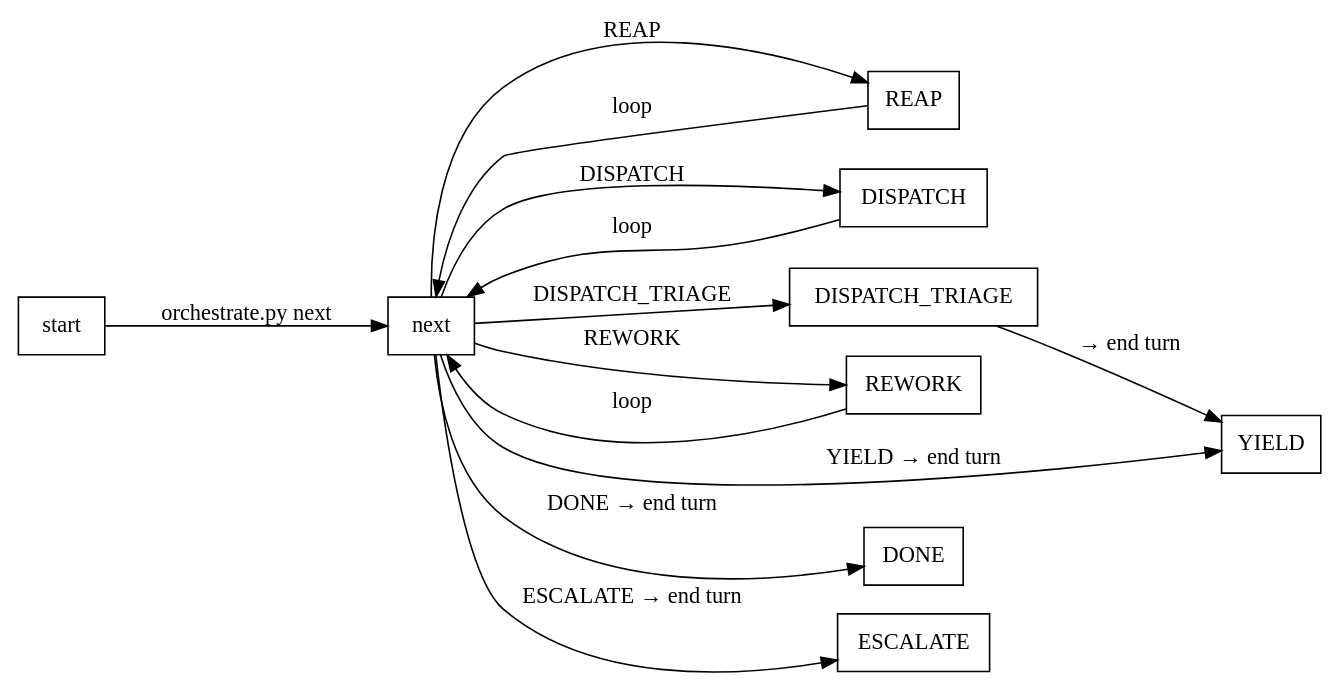
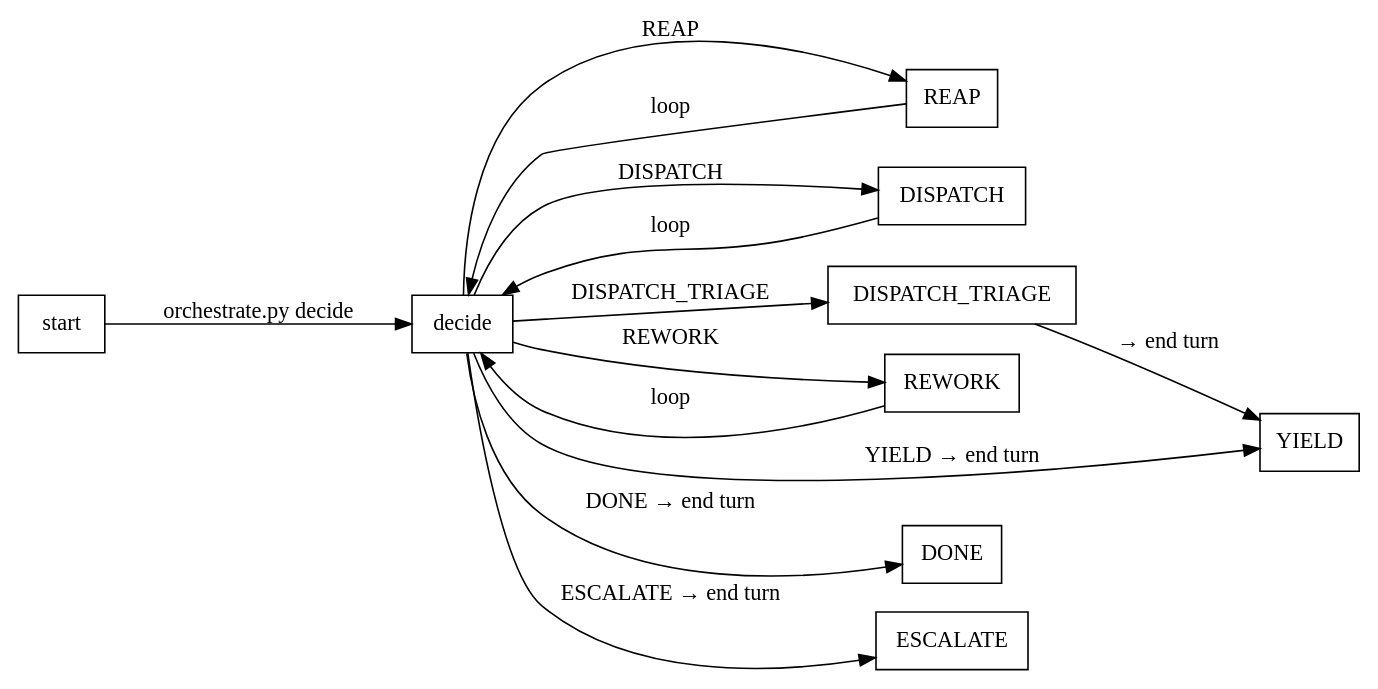
The diagram in skills/design-flow/SKILL.md (chipweaver/veripower), drawn with Graphviz before and after one commit. The commit also changed other lines of this file and 11 other files, not shown here.

First line of the commit message:
refactor(orchestrate): rename `next` to `decide` across command/function/role

````diff
--- a/skills/design-flow/SKILL.md
+++ b/skills/design-flow/SKILL.md
@@ -82,18 +82,18 @@
 ```dot
 digraph {
   rankdir=LR
   node [shape=box]
-  start -> next [label="orchestrate.py next"]
-  next -> REAP [label="REAP"]
-  next -> DISPATCH [label="DISPATCH"]
-  next -> DISPATCH_TRIAGE [label="DISPATCH_TRIAGE"]
-  next -> REWORK [label="REWORK"]
-  next -> YIELD [label="YIELD → end turn"]
-  next -> DONE [label="DONE → end turn"]
-  next -> ESCALATE [label="ESCALATE → end turn"]
-  REAP -> next [label="loop"]
-  DISPATCH -> next [label="loop"]
+  start -> decide [label="orchestrate.py decide"]
+  decide -> REAP [label="REAP"]
+  decide -> DISPATCH [label="DISPATCH"]
+  decide -> DISPATCH_TRIAGE [label="DISPATCH_TRIAGE"]
+  decide -> REWORK [label="REWORK"]
+  decide -> YIELD [label="YIELD → end turn"]
+  decide -> DONE [label="DONE → end turn"]
+  decide -> ESCALATE [label="ESCALATE → end turn"]
+  REAP -> decide [label="loop"]
+  DISPATCH -> decide [label="loop"]
   DISPATCH_TRIAGE -> YIELD [label="→ end turn"]
-  REWORK -> next [label="loop"]
+  REWORK -> decide [label="loop"]
 }
 ```
````
